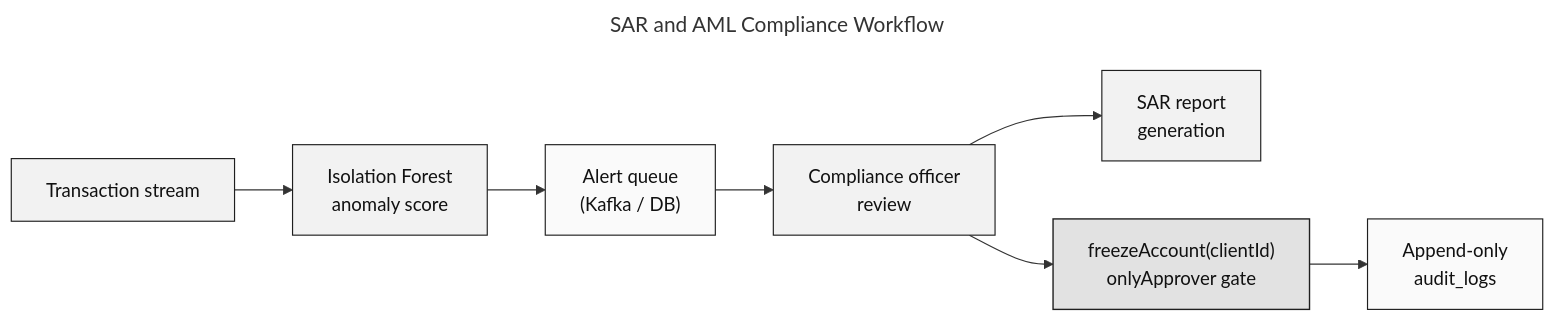
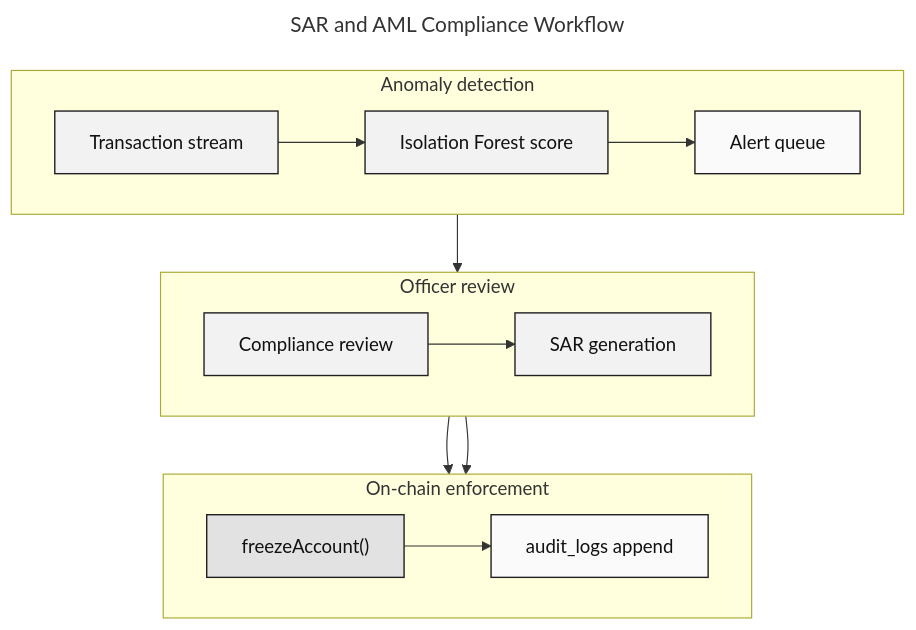
One commit to Yuvraajrahman/Cryto-World-Bank changed the diagram in Documentation/Diagrams/mermaid-src/improved diagrams/fig-sar-aml-workflow.mmd. Above: the diagram before and after it, drawn with Mermaid. The commit also changed 93 other files, not shown here.

First line of the commit message:
Add v30 thesis draft with Chapter 1 Mermaid diagrams and diagram pipeline updates.

```diff
--- a/Documentation/Diagrams/mermaid-src/improved diagrams/fig-sar-aml-workflow.mmd
+++ b/Documentation/Diagrams/mermaid-src/improved diagrams/fig-sar-aml-workflow.mmd
@@ -1,18 +1,32 @@
 ---
 title: SAR and AML Compliance Workflow
 ---
-flowchart LR
-    classDef step  fill:#F2F2F2,stroke:#1F1F1F,stroke-width:1px,color:#111111
-    classDef store fill:#FAFAFA,stroke:#1F1F1F,stroke-width:1px,color:#111111
+flowchart TB
+    classDef step  fill:#F2F2F2,stroke:#1F1F1F,stroke-width:1.2px,color:#111111
+    classDef store fill:#FAFAFA,stroke:#1F1F1F,stroke-width:1.2px,color:#111111
     classDef chain fill:#E2E2E2,stroke:#1F1F1F,stroke-width:1.2px,color:#111111
 
-    T1["Transaction stream"]:::step
-    T2["Isolation Forest<br/>anomaly score"]:::step
-    T3["Alert queue<br/>(Kafka / DB)"]:::store
-    T4["Compliance officer<br/>review"]:::step
-    T5["SAR report<br/>generation"]:::step
-    T6["freezeAccount(clientId)<br/>onlyApprover gate"]:::chain
-    T7["Append-only<br/>audit_logs"]:::store
+    subgraph DETECT[" Anomaly detection "]
+        direction LR
+        T1["Transaction stream"]:::step
+        T2["Isolation Forest score"]:::step
+        T3["Alert queue"]:::store
+        T1 --> T2 --> T3
+    end
 
-    T1 --> T2 --> T3 --> T4 --> T5
-    T4 --> T6 --> T7
+    subgraph REVIEW[" Officer review "]
+        direction LR
+        T4["Compliance review"]:::step
+        T5["SAR generation"]:::step
+        T4 --> T5
+    end
+
+    subgraph ENFORCE[" On-chain enforcement "]
+        direction LR
+        T6["freezeAccount()"]:::chain
+        T7["audit_logs append"]:::store
+        T6 --> T7
+    end
+
+    DETECT --> REVIEW --> ENFORCE
+    T4 --> T6
```
